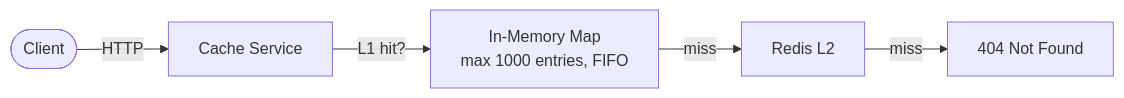
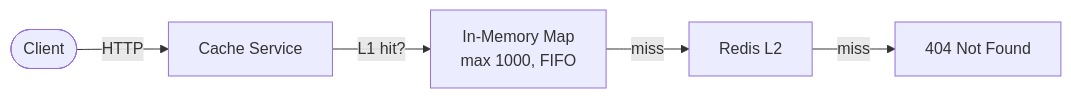
Before and after one commit to ccarnero/colloqui: diagram 11 of 16 in ARCHITECTURE.md, drawn with Mermaid. The commit also changed other lines of this file and 23 other files, not shown here.

````diff
--- a/ARCHITECTURE.md
+++ b/ARCHITECTURE.md
@@ -414,7 +514,7 @@
 ```mermaid
 graph LR
     C([Client]) -->|HTTP| CS[Cache Service]
-    CS -->|L1 hit?| L1[In-Memory Map<br/>max 1000 entries, FIFO]
+    CS -->|L1 hit?| L1["In-Memory Map<br/>max 1000, FIFO"]
     L1 -->|miss| L2[Redis L2]
     L2 -->|miss| MISS[404 Not Found]
 ```
````
